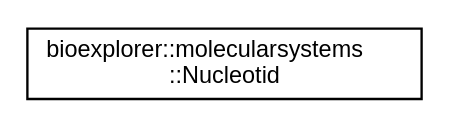
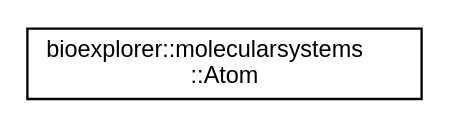
Before and after one commit to BlueBrain/BioExplorer: the diagram in docs/inherit_graph_76.dot, drawn with Graphviz. The commit also changed 256 other files, not shown here.

```diff
--- a/docs/inherit_graph_76.dot
+++ b/docs/inherit_graph_76.dot
@@ -1,8 +1,8 @@
 digraph "Graphical Class Hierarchy"
 {
  // LATEX_PDF_SIZE
   edge [fontname="Helvetica",fontsize="10",labelfontname="Helvetica",labelfontsize="10"];
   node [fontname="Helvetica",fontsize="10",shape=record];
   rankdir="LR";
-  Node0 [label="bioexplorer::molecularsystems\l::Nucleotid",height=0.2,width=0.4,color="black", fillcolor="white", style="filled",URL="$d6/d5b/structbioexplorer_1_1molecularsystems_1_1Nucleotid.html",tooltip="Structure representing a nucleotid."];
+  Node0 [label="bioexplorer::molecularsystems\l::Atom",height=0.2,width=0.4,color="black", fillcolor="white", style="filled",URL="$df/d73/structbioexplorer_1_1molecularsystems_1_1Atom.html",tooltip="Structure containing information about an atom, as stored in a PDB file."];
 }
```
